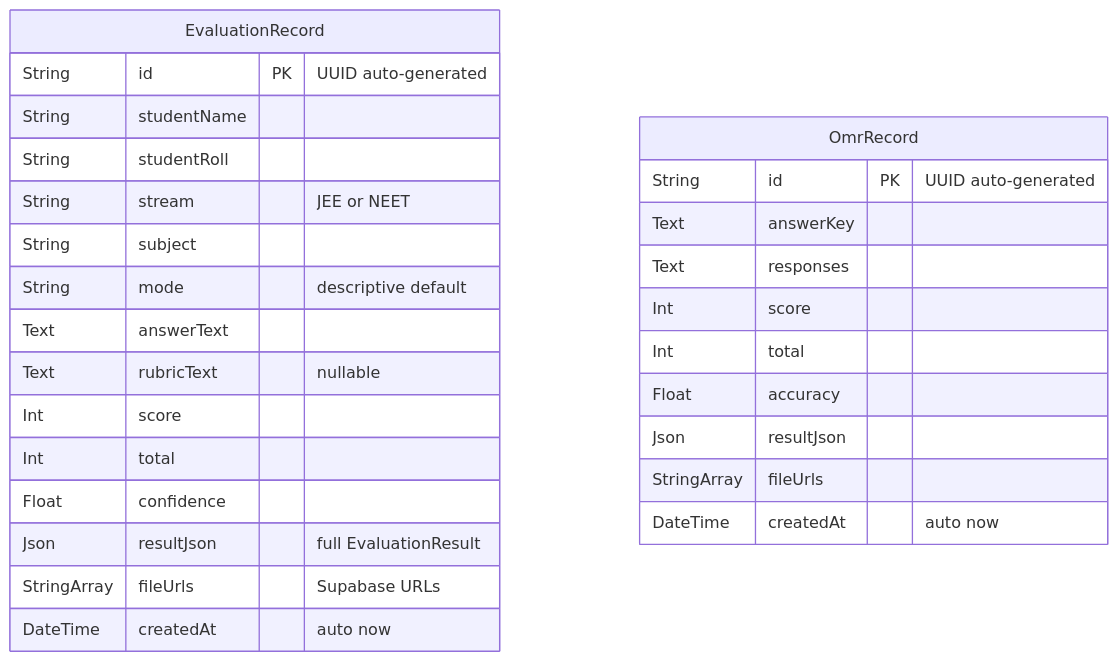
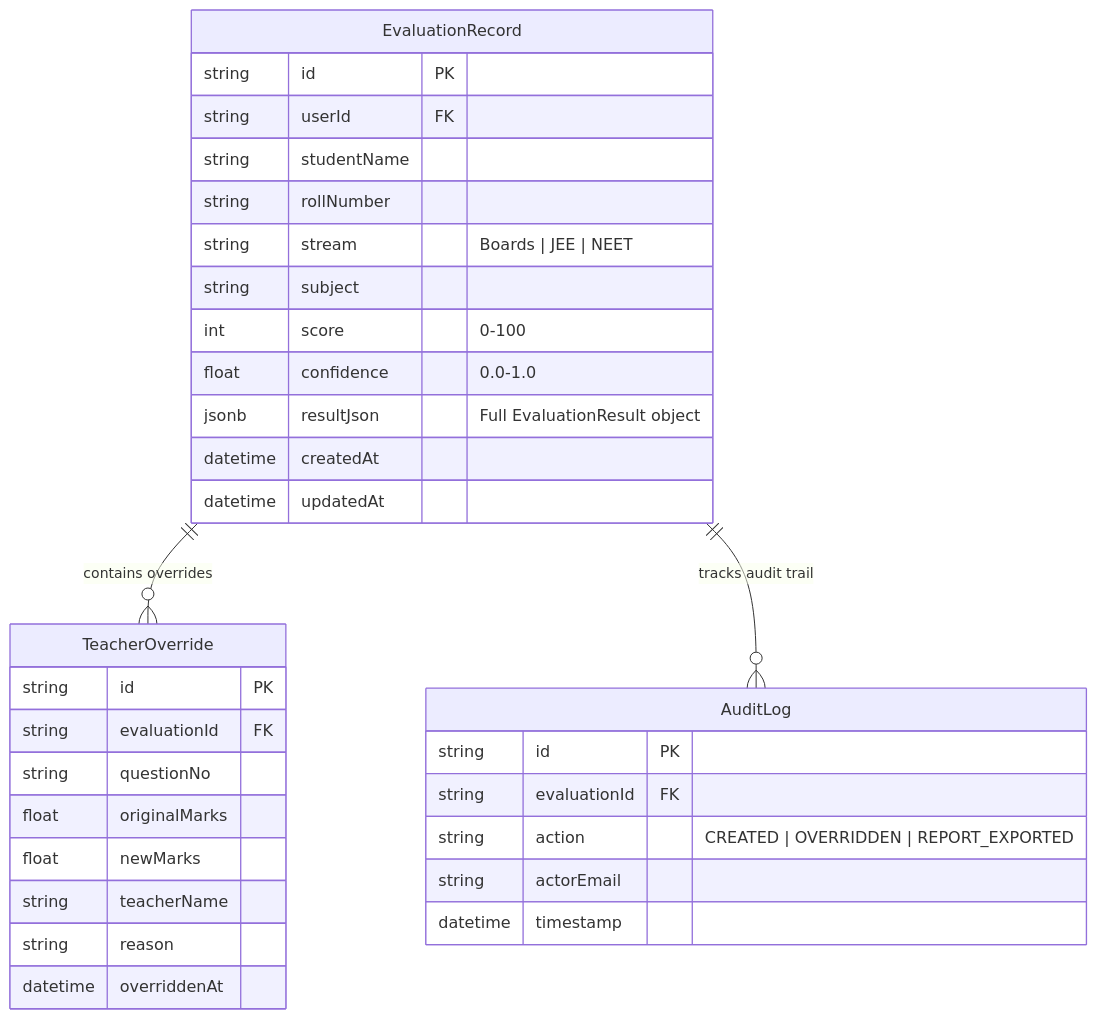
Before and after one commit to DevSars24/PrepForge: the eighth of 9 diagrams in README.md, drawn with Mermaid. The commit also changed other lines of this file, not shown here.

````diff
--- a/README.md
+++ b/README.md
@@ -564,31 +380,38 @@
 ```mermaid
 erDiagram
     EvaluationRecord {
-        String id PK "UUID auto-generated"
-        String studentName
-        String studentRoll
-        String stream "JEE or NEET"
-        String subject
-        String mode "descriptive default"
-        Text answerText
-        Text rubricText "nullable"
-        Int score
-        Int total
-        Float confidence
-        Json resultJson "full EvaluationResult"
-        StringArray fileUrls "Supabase URLs"
-        DateTime createdAt "auto now"
+        string id PK
+        string userId FK
+        string studentName
+        string rollNumber
+        string stream "Boards | JEE | NEET"
+        string subject
+        int score "0-100"
+        float confidence "0.0-1.0"
+        jsonb resultJson "Full EvaluationResult object"
+        datetime createdAt
+        datetime updatedAt
     }
 
-    OmrRecord {
-        String id PK "UUID auto-generated"
-        Text answerKey
-        Text responses
-        Int score
-        Int total
-        Float accuracy
-        Json resultJson
-        StringArray fileUrls
-        DateTime createdAt "auto now"
+    TeacherOverride {
+        string id PK
+        string evaluationId FK
+        string questionNo
+        float originalMarks
+        float newMarks
+        string teacherName
+        string reason
+        datetime overriddenAt
     }
+
+    AuditLog {
+        string id PK
+        string evaluationId FK
+        string action "CREATED | OVERRIDDEN | REPORT_EXPORTED"
+        string actorEmail
+        datetime timestamp
+    }
+
+    EvaluationRecord ||--o{ TeacherOverride : "contains overrides"
+    EvaluationRecord ||--o{ AuditLog : "tracks audit trail"
 ```
````
